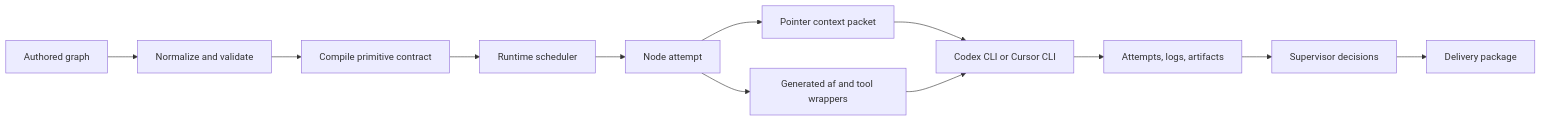
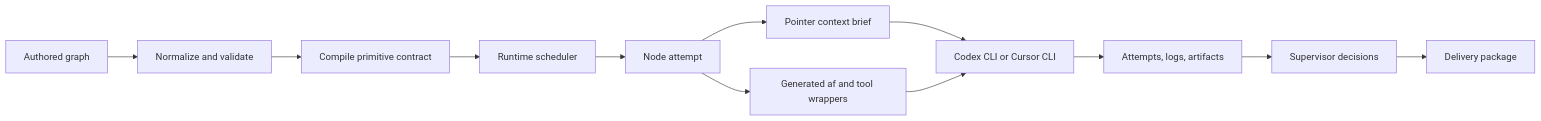
One commit to koji98/agentflow changed the diagram in docs/technical/README.md. Above: the diagram before and after it, drawn with Mermaid. The commit also changed other lines of this file and 104 other files, not shown here.

````diff
--- a/docs/technical/README.md
+++ b/docs/technical/README.md
@@ -7,14 +7,14 @@
 ```mermaid
 flowchart LR
   authoredGraph["Authored graph"] --> validate["Normalize and validate"]
   validate --> compile["Compile primitive contract"]
   compile --> run["Runtime scheduler"]
   run --> attempt["Node attempt"]
-  attempt --> context["Pointer context packet"]
+  attempt --> context["Pointer context brief"]
   attempt --> tools["Generated af and tool wrappers"]
   context --> harness["Codex CLI or Cursor CLI"]
   tools --> harness
   harness --> artifacts["Attempts, logs, artifacts"]
   artifacts --> supervisor["Supervisor decisions"]
   supervisor --> delivery["Delivery package"]
 ```
````
